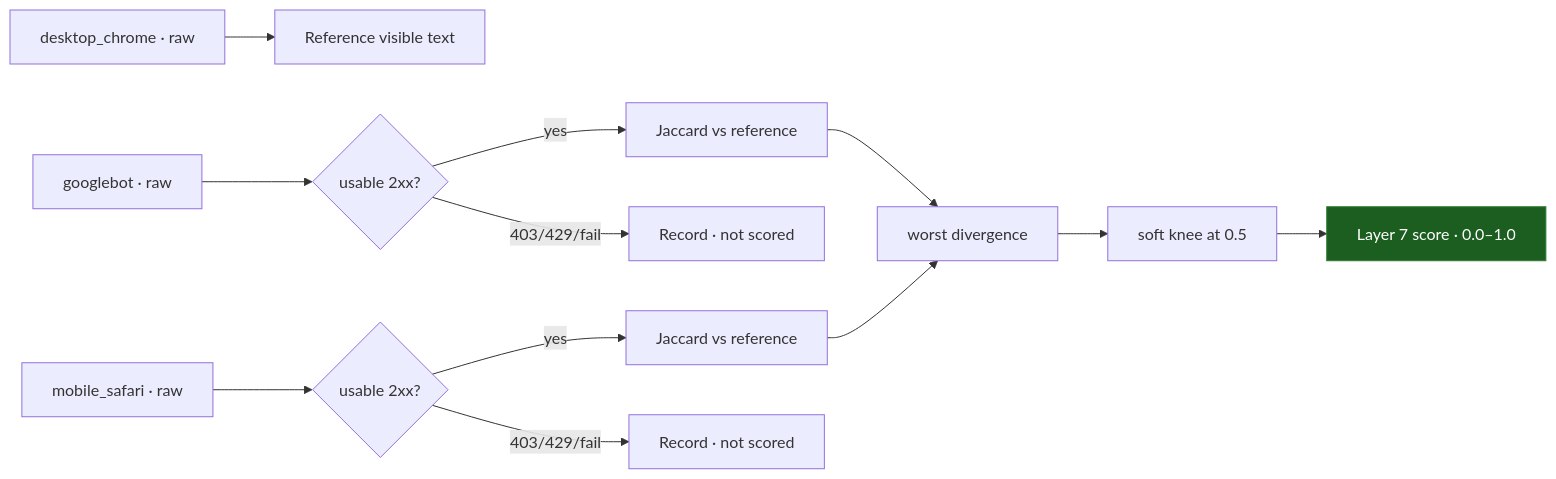
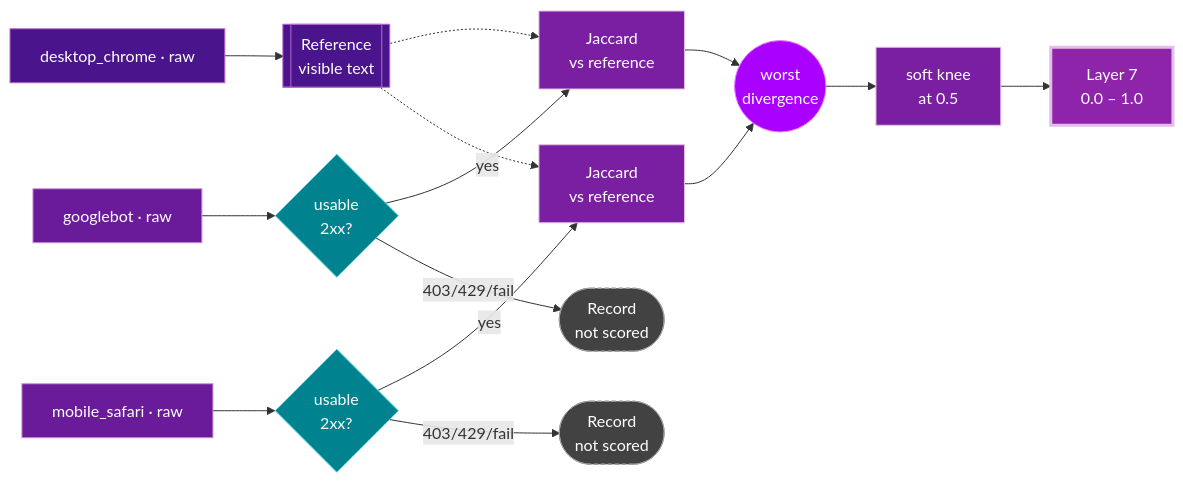
One commit to Ns81000/WARDRESS changed the diagram in docs/layers/7-cloaking.mdx. Above: the diagram before and after it, drawn with Mermaid. The commit also changed 10 other files, not shown here.

Commit message:
docs: add comprehensive documentation for the Wardress detection layers and system architecture.

````diff
--- a/docs/layers/7-cloaking.mdx
+++ b/docs/layers/7-cloaking.mdx
@@ -25,17 +25,23 @@
 ```mermaid
 flowchart LR
-    REF[desktop_chrome · raw] --> RT[Reference visible text]
-    GB[googlebot · raw] --> C1{usable 2xx?}
-    MS[mobile_safari · raw] --> C2{usable 2xx?}
-    C1 -->|yes| J1[Jaccard vs reference]
-    C2 -->|yes| J2[Jaccard vs reference]
-    C1 -->|403/429/fail| SKIP1[Record · not scored]
-    C2 -->|403/429/fail| SKIP2[Record · not scored]
-    J1 --> WD[worst divergence]
-    J2 --> WD
-    WD --> SK["soft knee at 0.5"]
-    SK --> OUT[Layer 7 score · 0.0–1.0]
+    REF["desktop_chrome · raw"]:::ref --> RT[["Reference<br/>visible text"]]:::ref
+    GB["googlebot · raw"]:::ua --> C1{"usable<br/>2xx?"}:::gate
+    MS["mobile_safari · raw"]:::ua --> C2{"usable<br/>2xx?"}:::gate
+    C1 -->|"yes"| J1["Jaccard<br/>vs reference"]:::node
+    C2 -->|"yes"| J2["Jaccard<br/>vs reference"]:::node
+    C1 -->|"403/429/fail"| SKIP1(["Record<br/>not scored"]):::skip
+    C2 -->|"403/429/fail"| SKIP2(["Record<br/>not scored"]):::skip
+    RT -.-> J1
+    RT -.-> J2
+    J1 & J2 --> WD(("worst<br/>divergence")):::pick
+    WD --> SK["soft knee<br/>at 0.5"]:::node
+    SK --> OUT["Layer 7<br/>0.0 – 1.0"]:::out
 
-    classDef out fill:#1b5e20,stroke:#2e7d32,color:#fff;
-    class OUT out;
+    classDef ref fill:#4a148c,stroke:#ba68c8,color:#fff;
+    classDef ua fill:#6a1b9a,stroke:#ce93d8,color:#fff;
+    classDef gate fill:#00838f,stroke:#4dd0e1,color:#fff;
+    classDef node fill:#7b1fa2,stroke:#e1bee7,color:#fff;
+    classDef skip fill:#424242,stroke:#9e9e9e,color:#fff,stroke-dasharray:4 3;
+    classDef pick fill:#aa00ff,stroke:#ea80fc,color:#fff;
+    classDef out fill:#8e24aa,stroke:#e1bee7,color:#fff,stroke-width:3px;
 ```
````
